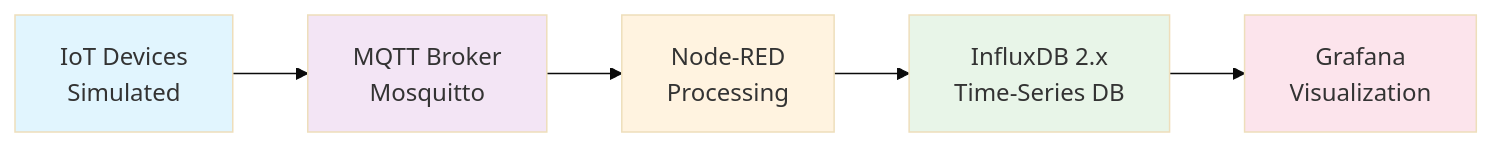
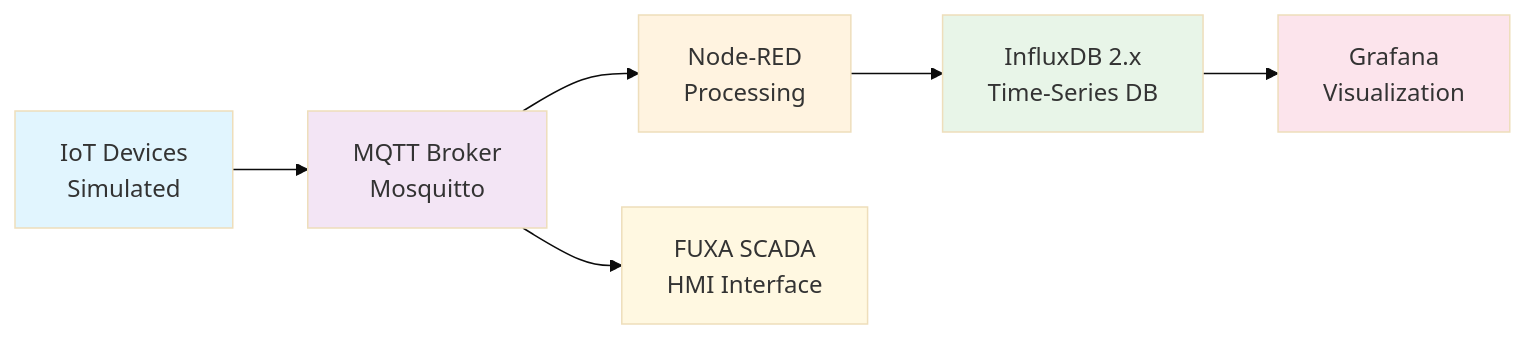
One commit to Viktar-T/plat-edu-bad-data-mvp changed the diagram in README.md. Above: the diagram before and after it, drawn with Mermaid (base theme). The commit also changed other lines of this file and 8 other files, not shown here.

Commit message:
FUXA web interface works Locally

````diff
--- a/README.md
+++ b/README.md
@@ -76,13 +77,15 @@
 ```mermaid
 graph LR
     A[IoT Devices<br/>Simulated] --> B[MQTT Broker<br/>Mosquitto]
     B --> C[Node-RED<br/>Processing]
     C --> D[InfluxDB 2.x<br/>Time-Series DB]
     D --> E[Grafana<br/>Visualization]
+    B --> F[FUXA SCADA<br/>HMI Interface]
     
     style A fill:#e1f5fe
     style B fill:#f3e5f5
     style C fill:#fff3e0
     style D fill:#e8f5e8
     style E fill:#fce4ec
+    style F fill:#fff8e1
 ```
````
